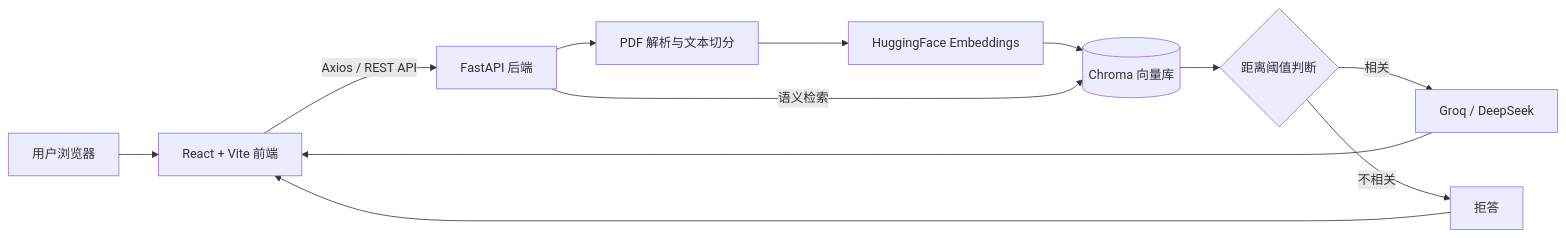
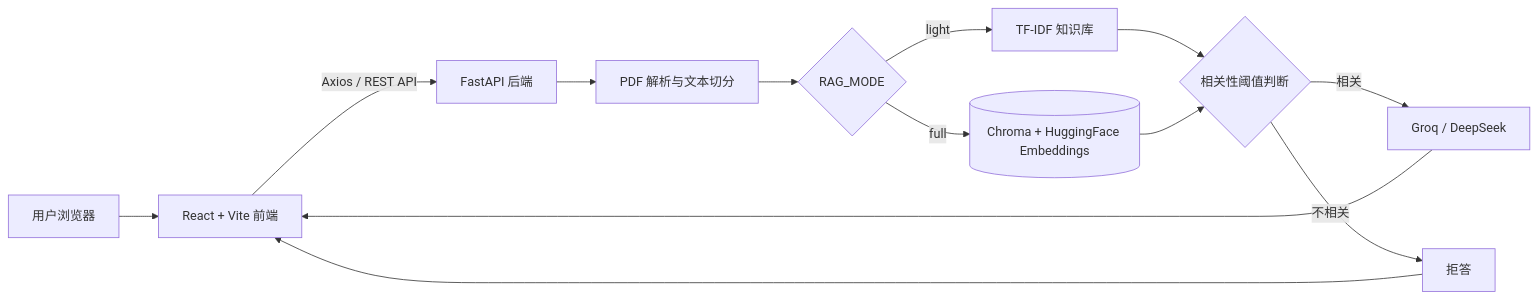
The second of 2 diagrams in README.md (ten10do/AutoCourse-RAG), drawn with Mermaid before and after one commit. The commit also changed other lines of this file, not shown here.

````diff
--- a/README.md
+++ b/README.md
@@ -27,14 +62,15 @@
 ```mermaid
 flowchart LR
     U[用户浏览器] --> F[React + Vite 前端]
     F -->|Axios / REST API| A[FastAPI 后端]
     A --> D[PDF 解析与文本切分]
-    D --> E[HuggingFace Embeddings]
-    E --> C[(Chroma 向量库)]
-    A -->|语义检索| C
-    C --> T{距离阈值判断}
+    D --> M{RAG_MODE}
+    M -->|light| K[TF-IDF 知识库]
+    M -->|full| C[(Chroma + HuggingFace Embeddings)]
+    K --> T{相关性阈值判断}
+    C --> T
     T -->|相关| L[Groq / DeepSeek]
     T -->|不相关| R[拒答]
     L --> F
     R --> F
 ```
````
